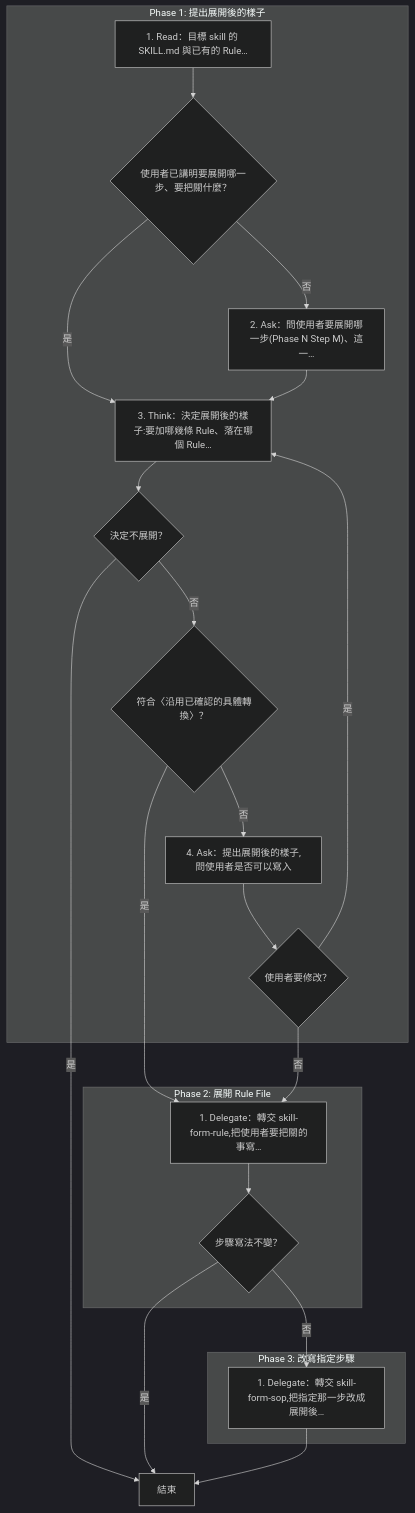
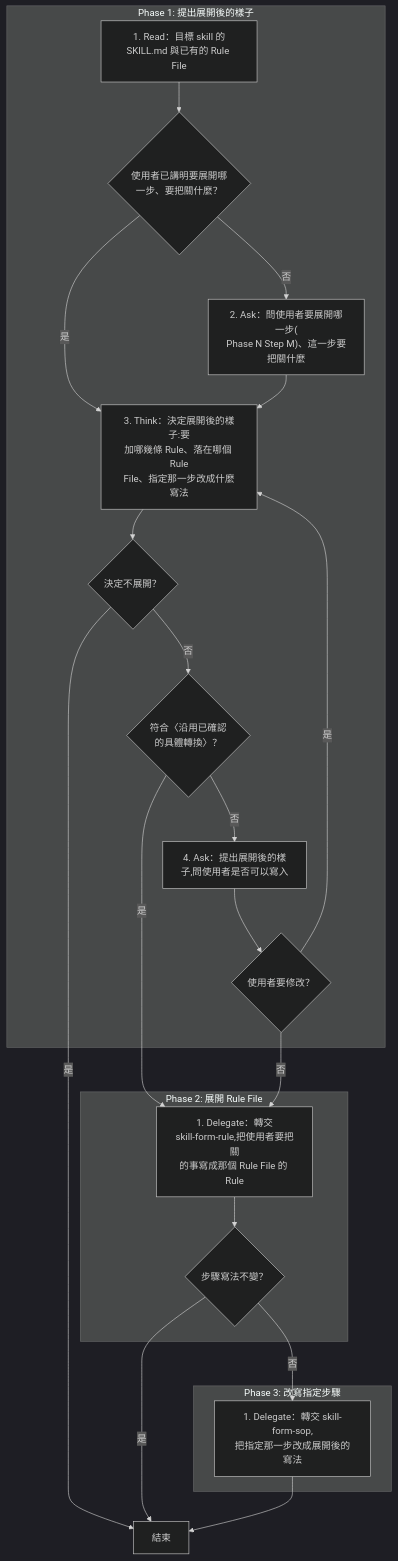
Before and after one commit to AI-x-BDD/BDGG-Dev-Skills: the first of 2 diagrams in .agents/skills/skill-derive-rule/SKILL.md, drawn with Mermaid (dark theme). The commit also changed other lines of this file and 43 other files, not shown here.

First line of the commit message:
feat!: skill-form-sop 的流程視覺圖改放檔尾並以粗體標出的核心動作當標籤

````diff
--- a/.agents/skills/skill-derive-rule/SKILL.md
+++ b/.agents/skills/skill-derive-rule/SKILL.md
@@ -11,37 +23,37 @@
 ```mermaid
 flowchart TD
     subgraph P1["Phase 1: 提出展開後的樣子"]
-        P1S1["1. Read：目標 skill 的 SKILL.md 與已有的 Rule…"]
-        G_P1S1_1{"使用者已講明要展開哪一步、要把關什麼？"}
-        P1S2["2. Ask：問使用者要展開哪一步(Phase N Step M)、這一…"]
-        P1S3["3. Think：決定展開後的樣子:要加哪幾條 Rule、落在哪個 Rule…"]
+        P1S1["1. Read：目標 skill 的<br/>SKILL.md 與已有的 Rule File"]
+        G_P1S1_1{"使用者已講明要展開哪<br/>一步、要把關什麼？"}
+        P1S2["2. Ask：問使用者要展開哪一步(<br/>Phase N Step M)、這一步要把關什麼"]
+        P1S3["3. Think：決定展開後的樣子:要<br/>加哪幾條 Rule、落在哪個 Rule<br/>File、指定那一步改成什麼寫法"]
         G_P1S3_1{"決定不展開？"}
-        G_P1S3_2{"符合〈沿用已確認的具體轉換〉？"}
-        P1S4["4. Ask：提出展開後的樣子,問使用者是否可以寫入"]
+        G_P1S3_2{"符合〈沿用已確認<br/>的具體轉換〉？"}
+        P1S4["4. Ask：提出展開後的樣<br/>子,問使用者是否可以寫入"]
         G_P1S4_1{"使用者要修改？"}
     end
     subgraph P2["Phase 2: 展開 Rule File"]
-        P2S1["1. Delegate：轉交 skill-form-rule,把使用者要把關的事寫…"]
+        P2S1["1. Delegate：轉交<br/>skill-form-rule,把使用者要把關<br/>的事寫成那個 Rule File 的 Rule"]
         G_P2S1_1{"步驟寫法不變？"}
     end
     subgraph P3["Phase 3: 改寫指定步驟"]
-        P3S1["1. Delegate：轉交 skill-form-sop,把指定那一步改成展開後…"]
+        P3S1["1. Delegate：轉交 skill-form-sop,<br/>把指定那一步改成展開後的寫法"]
     end
     End["結束"]
     P1S1 --> G_P1S1_1
     G_P1S1_1 -->|是| P1S3
     G_P1S1_1 -->|否| P1S2
     P1S2 --> P1S3
     P1S3 --> G_P1S3_1
     G_P1S3_1 -->|是| End
     G_P1S3_1 -->|否| G_P1S3_2
     G_P1S3_2 -->|是| P2S1
     G_P1S3_2 -->|否| P1S4
     P1S4 --> G_P1S4_1
     G_P1S4_1 -->|是| P1S3
     G_P1S4_1 -->|否| P2S1
     P2S1 --> G_P2S1_1
     G_P2S1_1 -->|是| End
     G_P2S1_1 -->|否| P3S1
     P3S1 --> End
 ```
````
